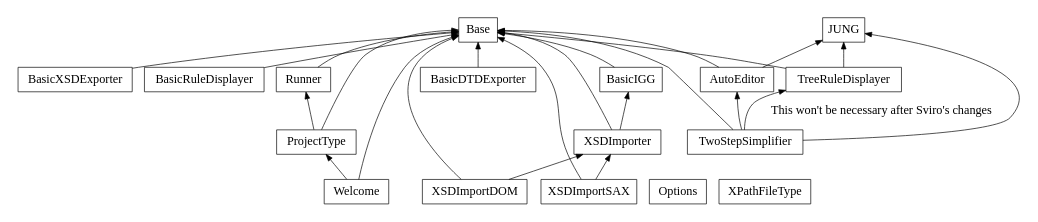
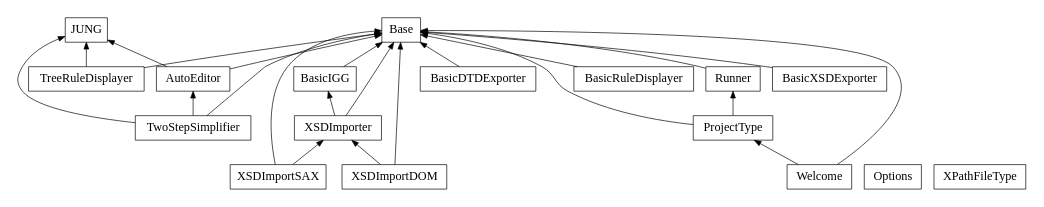
One commit to otmarjr/jInfer-fork changed the diagram in doc/jInfer/architecture/module_deps.gv. Above: the diagram before and after it, drawn with Graphviz. The commit also changed 4 other files, not shown here.

Commit message:
Documentation: minor repairs in Architecture and TwoStep.

```diff
--- a/doc/jInfer/architecture/module_deps.gv
+++ b/doc/jInfer/architecture/module_deps.gv
@@ -1,48 +1,47 @@
 digraph automaton_merge1 {
 	node [shape = rectangle, fontname = "TeXGyrePagella-Regular", fontsize = 18];
 	edge [fontname = "TeXGyrePagella-Regular", fontsize = 18];
 	size = 7.08;
 	rankdir = BT;
 
 	AutoEditor
 	Base
 	BasicDTDExporter
 	BasicIGG
 	BasicRuleDisplayer
 	BasicXSDExporter
 	JUNG
 	Options
 	ProjectType
 	Runner
 	TreeRuleDisplayer
 	TwoStepSimplifier
 	Welcome
 	XPathFileType
 	XSDImportDOM
 	XSDImporter
 	XSDImportSAX
 
 	AutoEditor -> Base
 	AutoEditor -> JUNG
 	BasicDTDExporter -> Base
 	BasicIGG -> Base
 	BasicRuleDisplayer -> Base
 	BasicXSDExporter -> Base
 	ProjectType -> Base
 	ProjectType -> Runner
 	Runner -> Base
 	TreeRuleDisplayer -> Base
 	TreeRuleDisplayer -> JUNG
 	TwoStepSimplifier -> AutoEditor
 	TwoStepSimplifier -> Base
 	TwoStepSimplifier -> JUNG
-	TwoStepSimplifier -> TreeRuleDisplayer [label = "This won't be necessary after Sviro's changes"]
 	Welcome -> Base
 	Welcome -> ProjectType
 	XSDImportDOM -> Base
 	XSDImportDOM -> XSDImporter
 	XSDImporter -> Base
 	XSDImporter -> BasicIGG
 	XSDImportSAX -> Base
 	XSDImportSAX -> XSDImporter
 }
```
